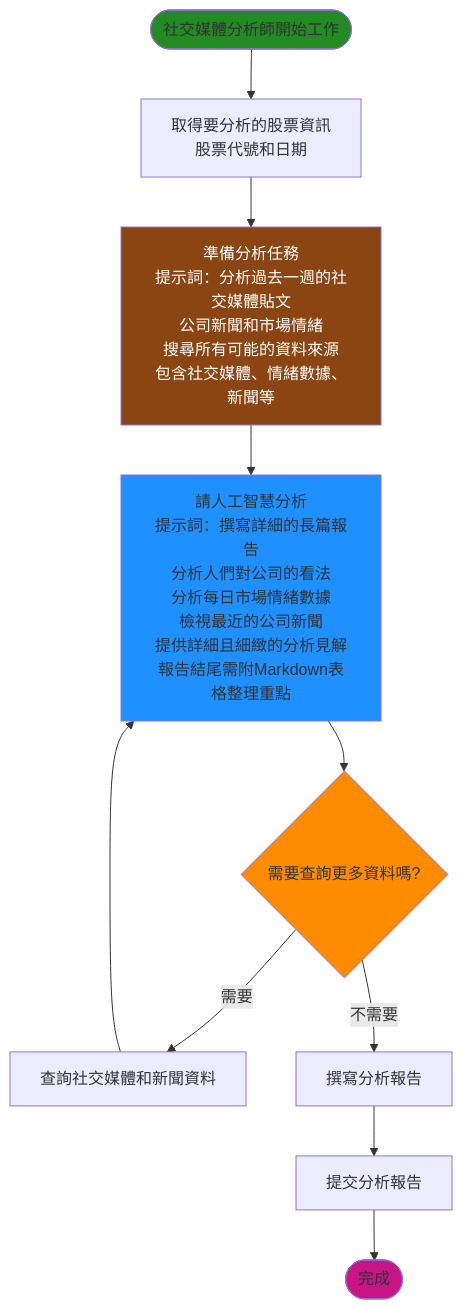
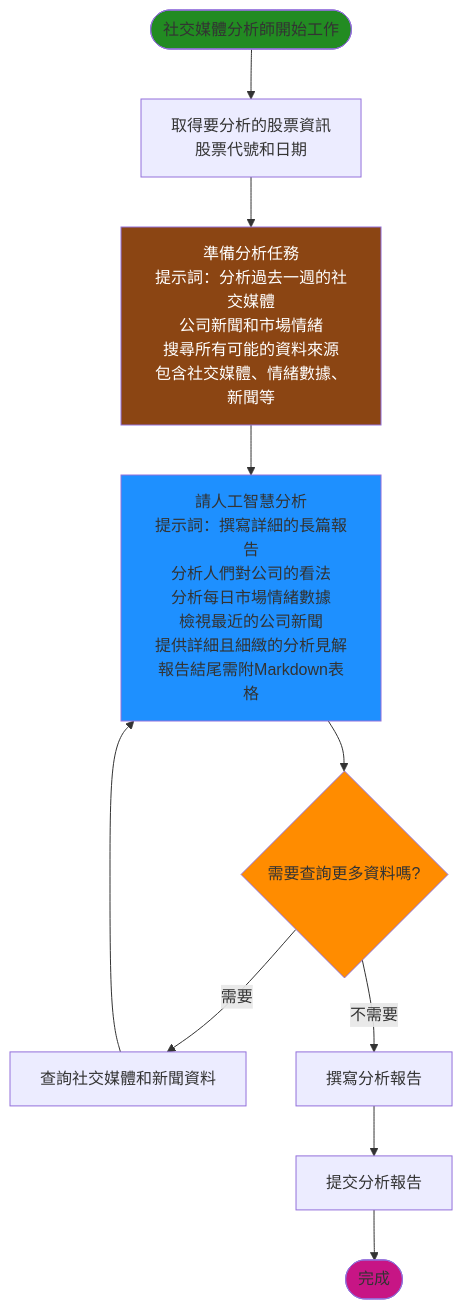
Before and after one commit to chitienshih-wq/Git_Test: the fifth of 9 diagrams in 流程圖_簡化.md, drawn with Mermaid. The commit also changed other lines of this file, not shown here.

````diff
--- a/流程圖_簡化.md
+++ b/流程圖_簡化.md
@@ -131,24 +131,24 @@
 ```mermaid
 flowchart TD
     Start([社交媒體分析師開始工作]) --> GetInfo[取得要分析的股票資訊<br/>股票代號和日期]
     
-    GetInfo --> PrepareTask[準備分析任務<br/>提示詞：分析過去一週的社交媒體貼文<br/>公司新聞和市場情緒<br/>搜尋所有可能的資料來源<br/>包含社交媒體、情緒數據、新聞等]
+    GetInfo --> PrepareTask[準備分析任務<br/>提示詞：分析過去一週的社交媒體<br/>公司新聞和市場情緒<br/>搜尋所有可能的資料來源<br/>包含社交媒體、情緒數據、新聞等]
     
-    PrepareTask --> AskAI[請人工智慧分析<br/>提示詞：撰寫詳細的長篇報告<br/>分析人們對公司的看法<br/>分析每日市場情緒數據<br/>檢視最近的公司新聞<br/>提供詳細且細緻的分析見解<br/>報告結尾需附Markdown表格整理重點]
+    PrepareTask --> AskAI[請人工智慧分析<br/>提示詞：撰寫詳細的長篇報告<br/>分析人們對公司的看法<br/>分析每日市場情緒數據<br/>檢視最近的公司新聞<br/>提供詳細且細緻的分析見解<br/>報告結尾需附Markdown表格]
     
     AskAI --> CheckNeedData{需要查詢更多資料嗎?}
     
     CheckNeedData -->|需要| QueryData[查詢社交媒體和新聞資料]
     CheckNeedData -->|不需要| WriteReport[撰寫分析報告]
     
     QueryData --> AskAI
     
     WriteReport --> Return[提交分析報告]
     Return --> End([完成])
     
     style Start fill:#228B22
     style End fill:#C71585
     style CheckNeedData fill:#FF8C00
     style AskAI fill:#1E90FF
     style PrepareTask fill:#8B4513,color:#FFFFFF
 ```
````
